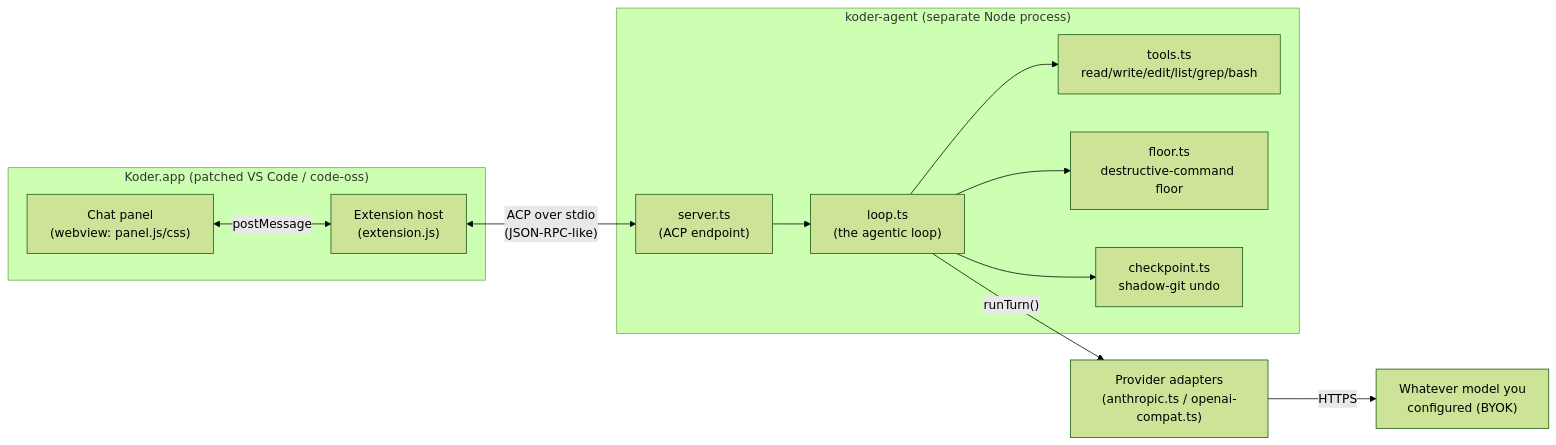
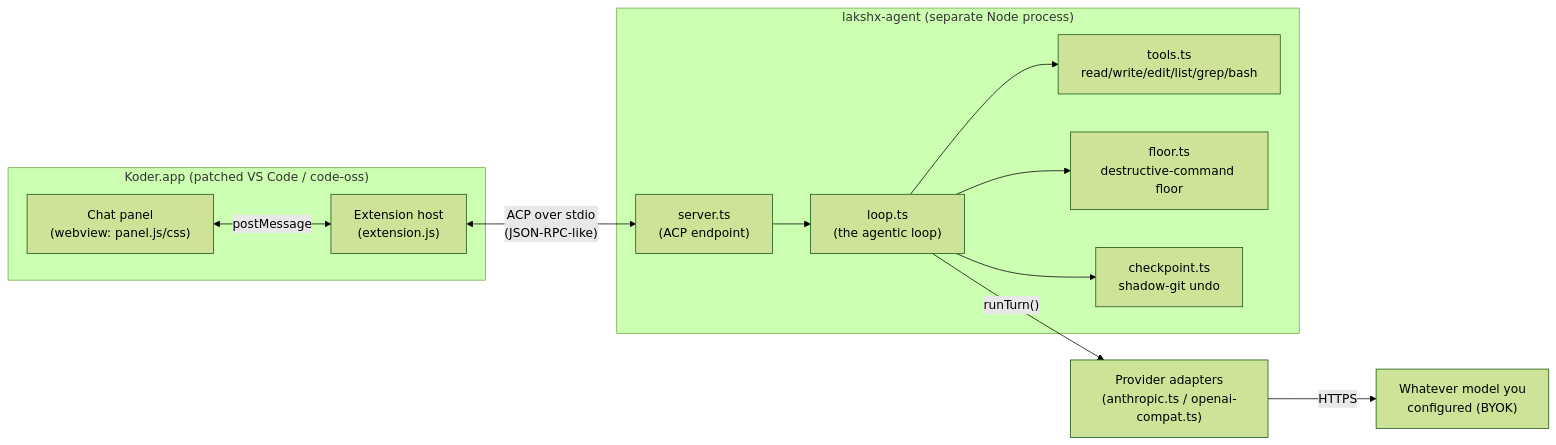
One commit to BeastxD7/koder changed the first of 3 diagrams in docs/architecture.md. Above: the diagram before and after it, drawn with Mermaid (forest theme). The commit also changed other lines of this file and 53 other files, not shown here.

````diff
--- a/docs/architecture.md
+++ b/docs/architecture.md
@@ -17,21 +17,21 @@
 ```mermaid
 flowchart LR
     subgraph Editor["Koder.app (patched VS Code / code-oss)"]
         WV["Chat panel<br/>(webview: panel.js/css)"]
         EXT["Extension host<br/>(extension.js)"]
         WV <-- "postMessage" --> EXT
     end
-    subgraph Agent["koder-agent (separate Node process)"]
+    subgraph Agent["lakshx-agent (separate Node process)"]
         SRV["server.ts<br/>(ACP endpoint)"]
         LOOP["loop.ts<br/>(the agentic loop)"]
         TOOLS["tools.ts<br/>read/write/edit/list/grep/bash"]
         FLOOR["floor.ts<br/>destructive-command floor"]
         CKPT["checkpoint.ts<br/>shadow-git undo"]
         SRV --> LOOP --> TOOLS
         LOOP --> FLOOR
         LOOP --> CKPT
     end
     EXT <-- "ACP over stdio<br/>(JSON-RPC-like)" --> SRV
     LOOP -- "runTurn()" --> PROV["Provider adapters<br/>(anthropic.ts / openai-compat.ts)"]
     PROV -- "HTTPS" --> API["Whatever model you<br/>configured (BYOK)"]
 ```
````
